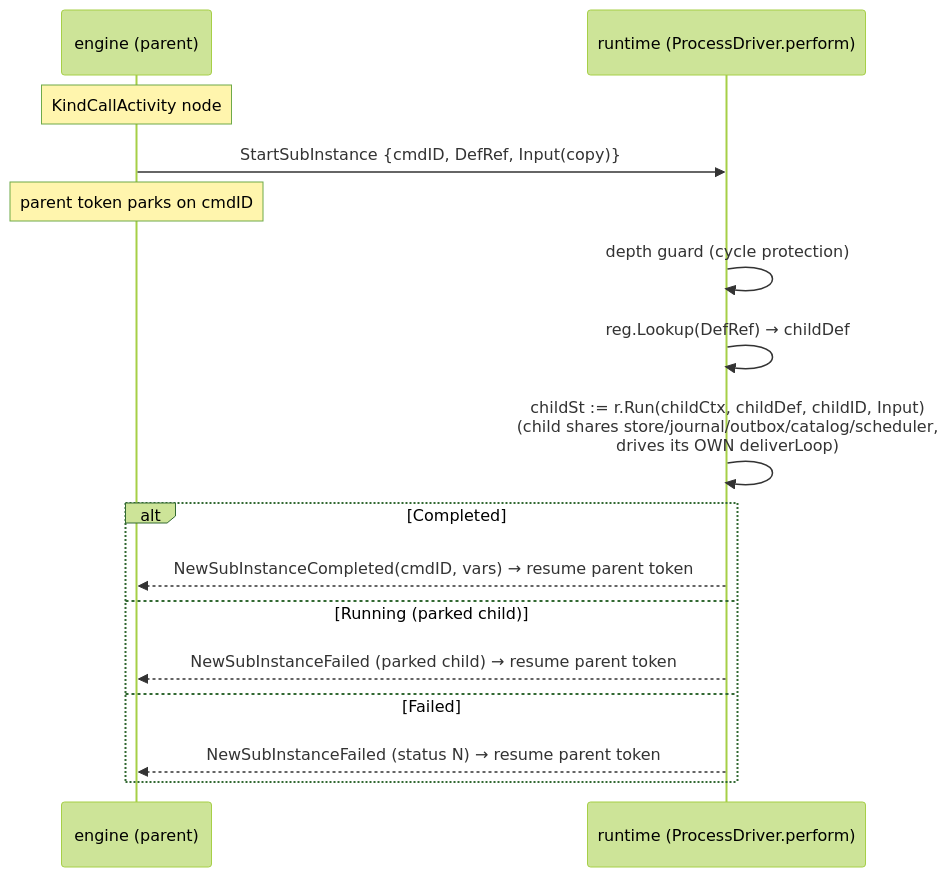
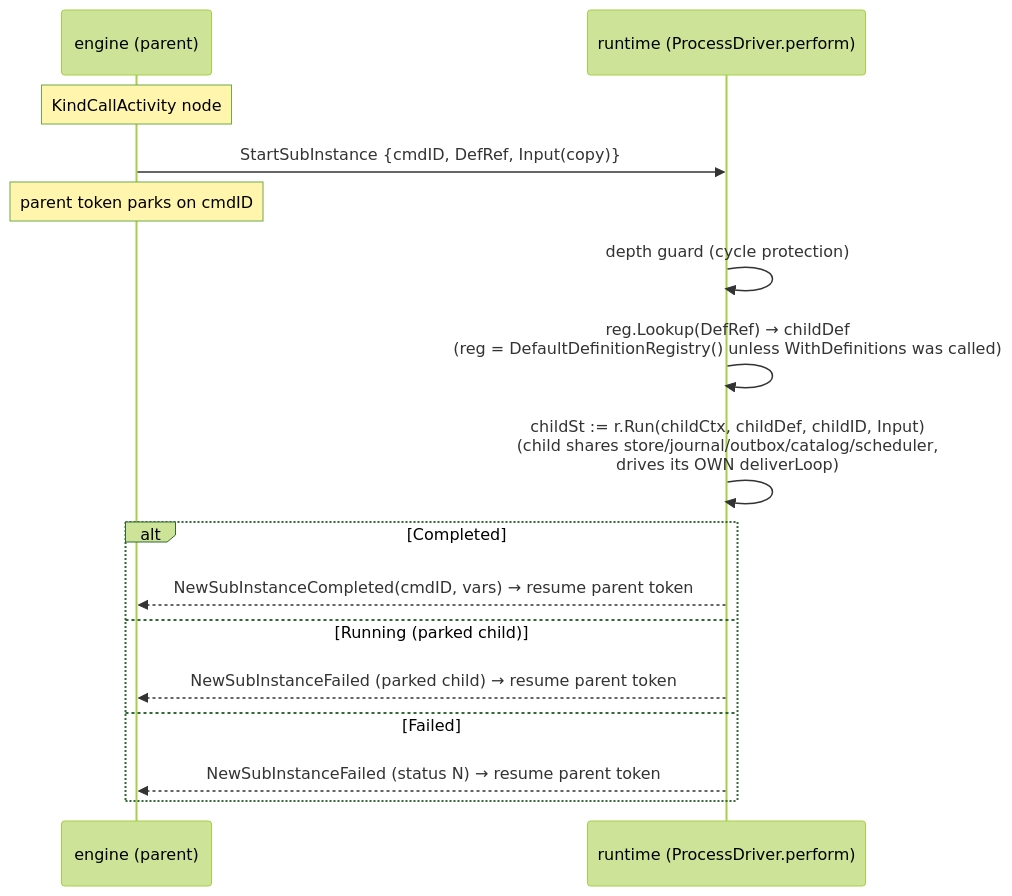
Before and after one commit to kartaladev/wrkflw: the sixth of 9 diagrams in INTERACTIONS.md, drawn with Mermaid (forest theme). The commit also changed other lines of this file and 3 other files, not shown here.

First line of the commit message:
docs: default DefinitionRegistry + ADR-0097

````diff
--- a/INTERACTIONS.md
+++ b/INTERACTIONS.md
@@ -384,19 +399,19 @@
 ```mermaid
 sequenceDiagram
     participant EP as engine (parent)
     participant R as runtime (ProcessDriver.perform)
 
     Note over EP: KindCallActivity node
     EP->>R: StartSubInstance {cmdID, DefRef, Input(copy)}
     Note over EP: parent token parks on cmdID
     R->>R: depth guard (cycle protection)
-    R->>R: reg.Lookup(DefRef) → childDef
+    R->>R: reg.Lookup(DefRef) → childDef<br/>(reg = DefaultDefinitionRegistry() unless WithDefinitions was called)
     R->>R: childSt := r.Run(childCtx, childDef, childID, Input)<br/>(child shares store/journal/outbox/catalog/scheduler,<br/>drives its OWN deliverLoop)
     alt Completed
         R-->>EP: NewSubInstanceCompleted(cmdID, vars) → resume parent token
     else Running (parked child)
         R-->>EP: NewSubInstanceFailed (parked child) → resume parent token
     else Failed
         R-->>EP: NewSubInstanceFailed (status N) → resume parent token
     end
 ```
````
